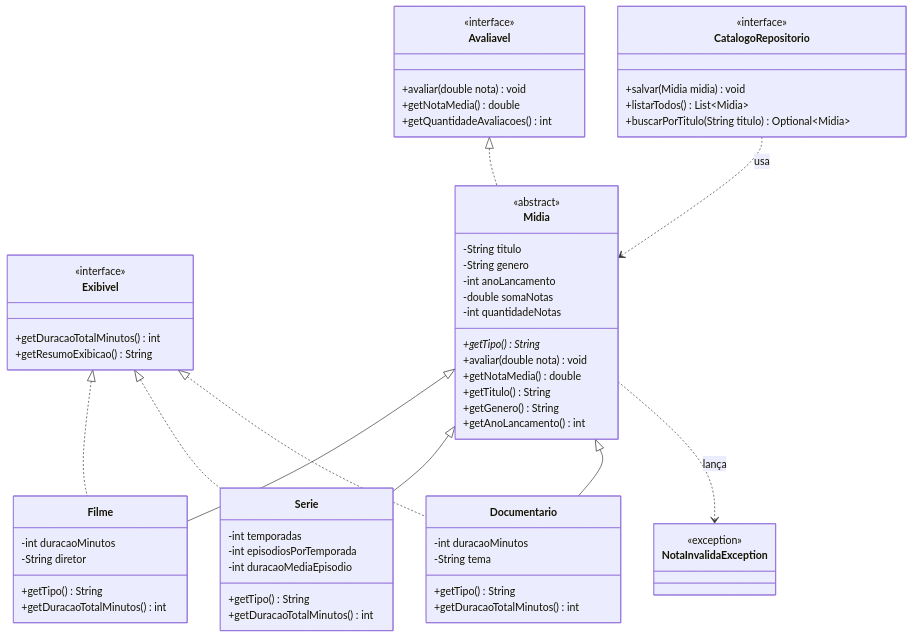
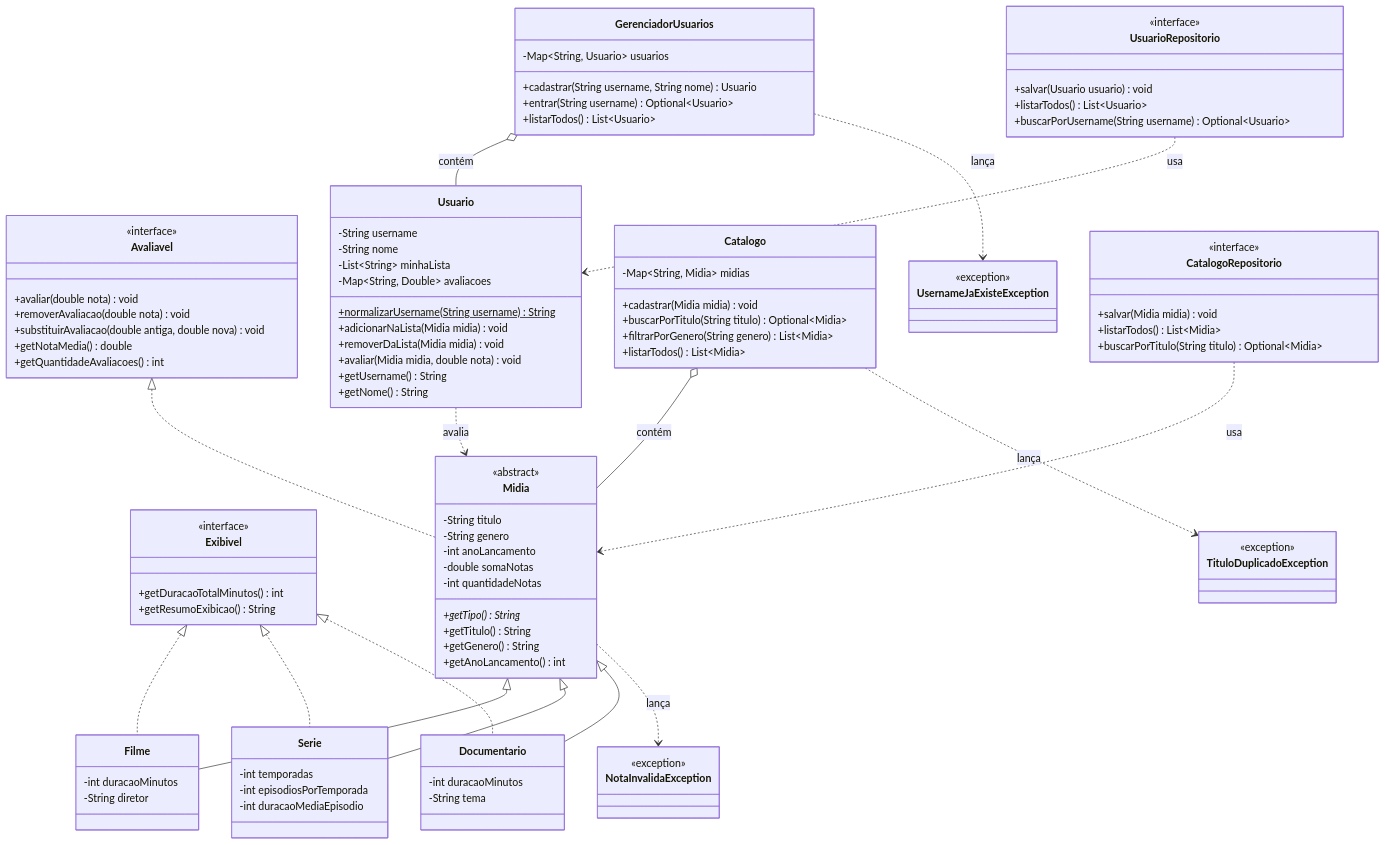
The first of 2 diagrams in docs/diagrama-classes.md (jope7/imdflix), drawn with Mermaid before and after one commit. The commit also changed other lines of this file, not shown here.

Commit message:
decisoes de projeto

````diff
--- a/docs/diagrama-classes.md
+++ b/docs/diagrama-classes.md
@@ -11,6 +11,8 @@
     class Avaliavel {
         <<interface>>
         +avaliar(double nota) void
+        +removerAvaliacao(double nota) void
+        +substituirAvaliacao(double antiga, double nova) void
         +getNotaMedia() double
         +getQuantidadeAvaliacoes() int
     }
@@ -29,8 +31,6 @@
         -double somaNotas
         -int quantidadeNotas
         +getTipo()* String
-        +avaliar(double nota) void
-        +getNotaMedia() double
         +getTitulo() String
         +getGenero() String
         +getAnoLancamento() int
@@ -39,26 +39,54 @@
     class Filme {
         -int duracaoMinutos
         -String diretor
-        +getTipo() String
-        +getDuracaoTotalMinutos() int
     }
 
     class Serie {
         -int temporadas
         -int episodiosPorTemporada
         -int duracaoMediaEpisodio
-        +getTipo() String
-        +getDuracaoTotalMinutos() int
     }
 
     class Documentario {
         -int duracaoMinutos
         -String tema
-        +getTipo() String
-        +getDuracaoTotalMinutos() int
+    }
+
+    class Usuario {
+        -String username
+        -String nome
+        -List~String~ minhaLista
+        -Map~String, Double~ avaliacoes
+        +normalizarUsername(String username)$ String
+        +adicionarNaLista(Midia midia) void
+        +removerDaLista(Midia midia) void
+        +avaliar(Midia midia, double nota) void
+        +getUsername() String
+        +getNome() String
+    }
+
+    class Catalogo {
+        -Map~String, Midia~ midias
+        +cadastrar(Midia midia) void
+        +buscarPorTitulo(String titulo) Optional~Midia~
+        +filtrarPorGenero(String genero) List~Midia~
+        +listarTodos() List~Midia~
+    }
+
+    class GerenciadorUsuarios {
+        -Map~String, Usuario~ usuarios
+        +cadastrar(String username, String nome) Usuario
+        +entrar(String username) Optional~Usuario~
+        +listarTodos() List~Usuario~
     }
 
     class NotaInvalidaException {
+        <<exception>>
+    }
+    class TituloDuplicadoException {
+        <<exception>>
+    }
+    class UsernameJaExisteException {
         <<exception>>
     }
 
@@ -69,6 +97,13 @@
         +buscarPorTitulo(String titulo) Optional~Midia~
     }
 
+    class UsuarioRepositorio {
+        <<interface>>
+        +salvar(Usuario usuario) void
+        +listarTodos() List~Usuario~
+        +buscarPorUsername(String username) Optional~Usuario~
+    }
+
     Avaliavel <|.. Midia
     Midia <|-- Filme
     Midia <|-- Serie
@@ -76,6 +111,15 @@
     Exibivel <|.. Filme
     Exibivel <|.. Serie
     Exibivel <|.. Documentario
+
+    Usuario ..> Midia : avalia
+    Catalogo o-- Midia : contém
+    GerenciadorUsuarios o-- Usuario : contém
+
     Midia ..> NotaInvalidaException : lança
+    Catalogo ..> TituloDuplicadoException : lança
+    GerenciadorUsuarios ..> UsernameJaExisteException : lança
+
     CatalogoRepositorio ..> Midia : usa
+    UsuarioRepositorio ..> Usuario : usa
 ```
````
